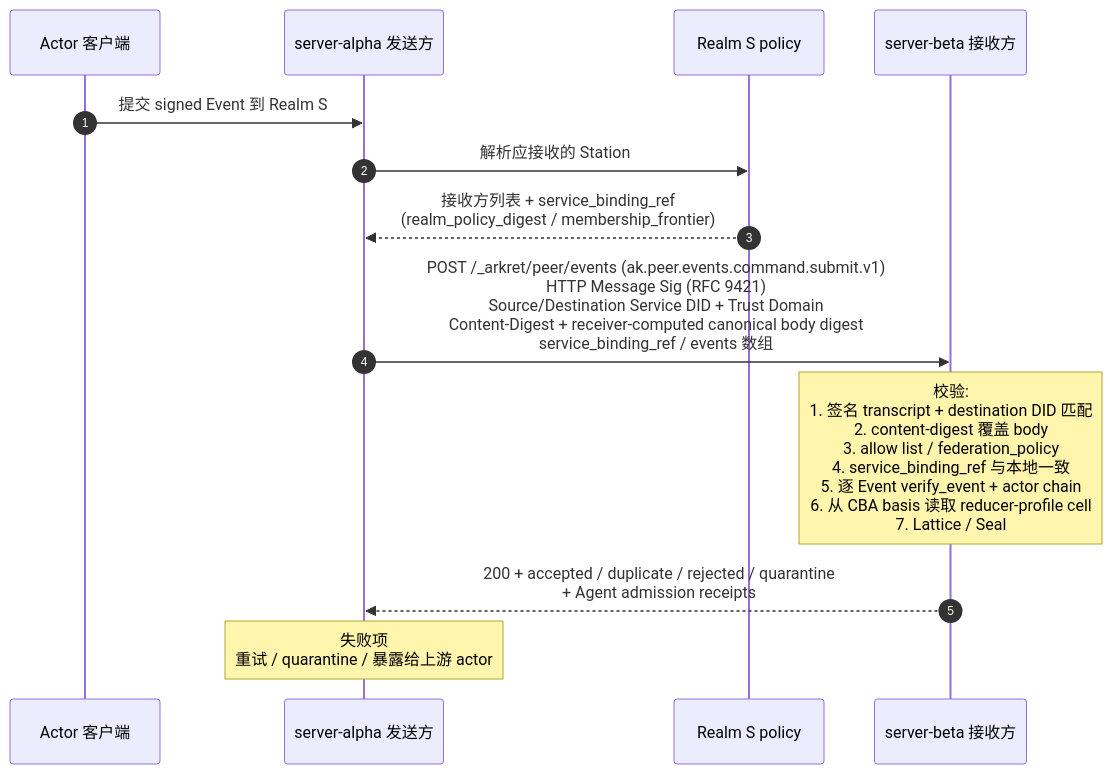
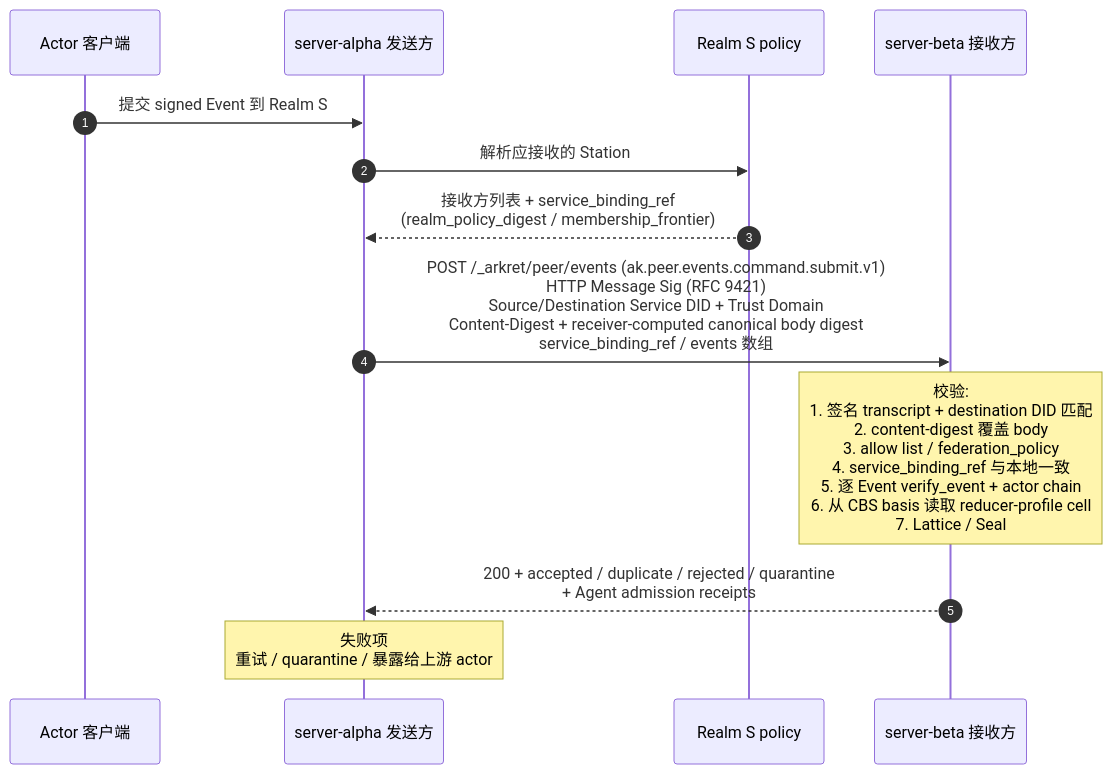
One commit to arkret-org/arkret-spec changed the diagram in spec/v1/zh/sync/federation.md. Above: the diagram before and after it, drawn with Mermaid. The commit also changed other lines of this file and 117 other files, not shown here.

````diff
--- a/spec/v1/zh/sync/federation.md
+++ b/spec/v1/zh/sync/federation.md
@@ -328,16 +328,16 @@
 ```mermaid
 sequenceDiagram
     autonumber
     participant Cli as Actor 客户端
     participant Alpha as server-alpha 发送方
     participant Pol as Realm S policy
     participant Beta as server-beta 接收方
 
     Cli->>Alpha: 提交 signed Event 到 Realm S
     Alpha->>Pol: 解析应接收的 Station
     Pol-->>Alpha: 接收方列表 + service_binding_ref<br>(realm_policy_digest / membership_frontier)
     Alpha->>Beta: POST /_arkret/peer/events (ak.peer.events.command.submit.v1)<br>HTTP Message Sig (RFC 9421)<br>Source/Destination Service DID + Trust Domain<br>Content-Digest + receiver-computed canonical body digest<br>service_binding_ref / events 数组
-    note over Beta: 校验:<br>1. 签名 transcript + destination DID 匹配<br>2. content-digest 覆盖 body<br>3. allow list / federation_policy<br>4. service_binding_ref 与本地一致<br>5. 逐 Event verify_event + actor chain<br>6. 从 CBA basis 读取 reducer-profile cell<br>7. Lattice / Seal
+    note over Beta: 校验:<br>1. 签名 transcript + destination DID 匹配<br>2. content-digest 覆盖 body<br>3. allow list / federation_policy<br>4. service_binding_ref 与本地一致<br>5. 逐 Event verify_event + actor chain<br>6. 从 CBS basis 读取 reducer-profile cell<br>7. Lattice / Seal
     Beta-->>Alpha: 200 + accepted / duplicate / rejected / quarantine<br>+ Agent admission receipts
     note over Alpha: 失败项<br>重试 / quarantine / 暴露给上游 actor
 ```
````
